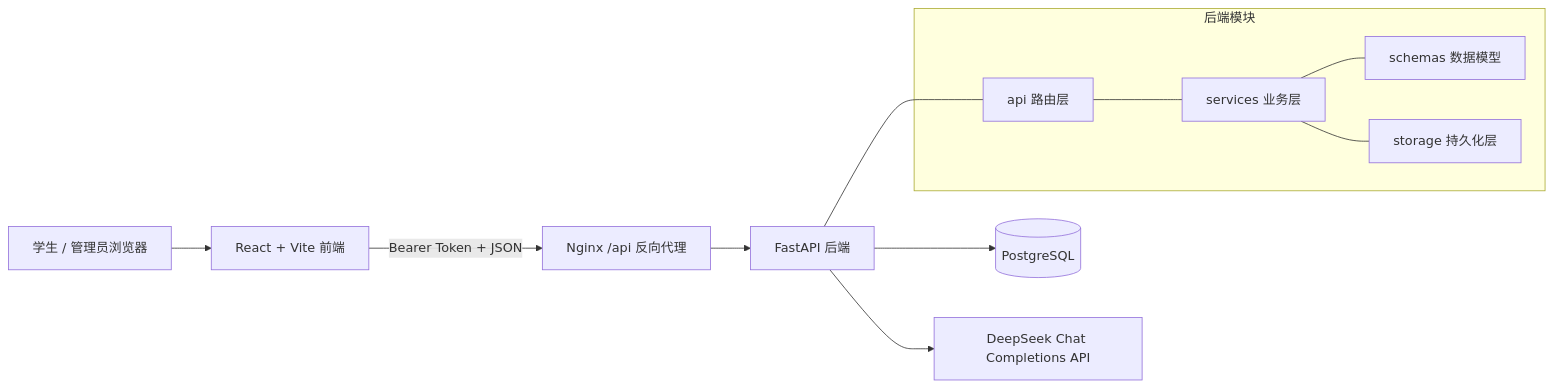
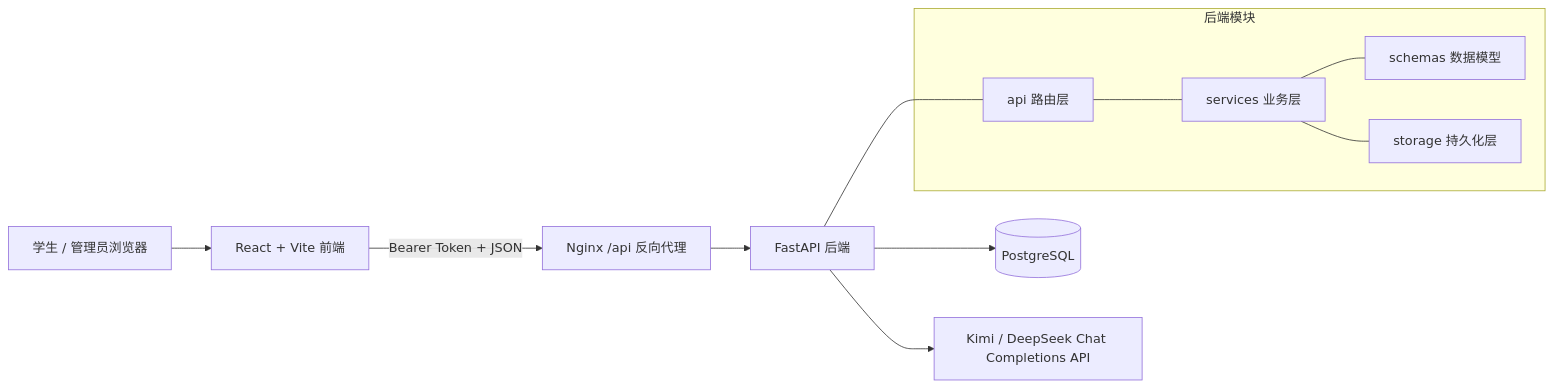
The first of 3 diagrams in docs/实现文档.md (labixiaoji/SIYUAN-COMPASS), drawn with Mermaid before and after one commit. The commit also changed other lines of this file and 20 other files, not shown here.

````diff
--- a/docs/实现文档.md
+++ b/docs/实现文档.md
@@ -71,20 +73,20 @@
 ```mermaid
 flowchart LR
   U["学生 / 管理员浏览器"] --> F["React + Vite 前端"]
   F -->|Bearer Token + JSON| N["Nginx /api 反向代理"]
   N --> B["FastAPI 后端"]
   B --> DB[("PostgreSQL")]
-  B --> L["DeepSeek Chat Completions API"]
+  B --> L["Kimi / DeepSeek Chat Completions API"]
 
   subgraph Backend["后端模块"]
     A["api 路由层"]
     S["services 业务层"]
     P["schemas 数据模型"]
     R["storage 持久化层"]
   end
 
   B --- A
   A --- S
   S --- P
   S --- R
 ```
````
